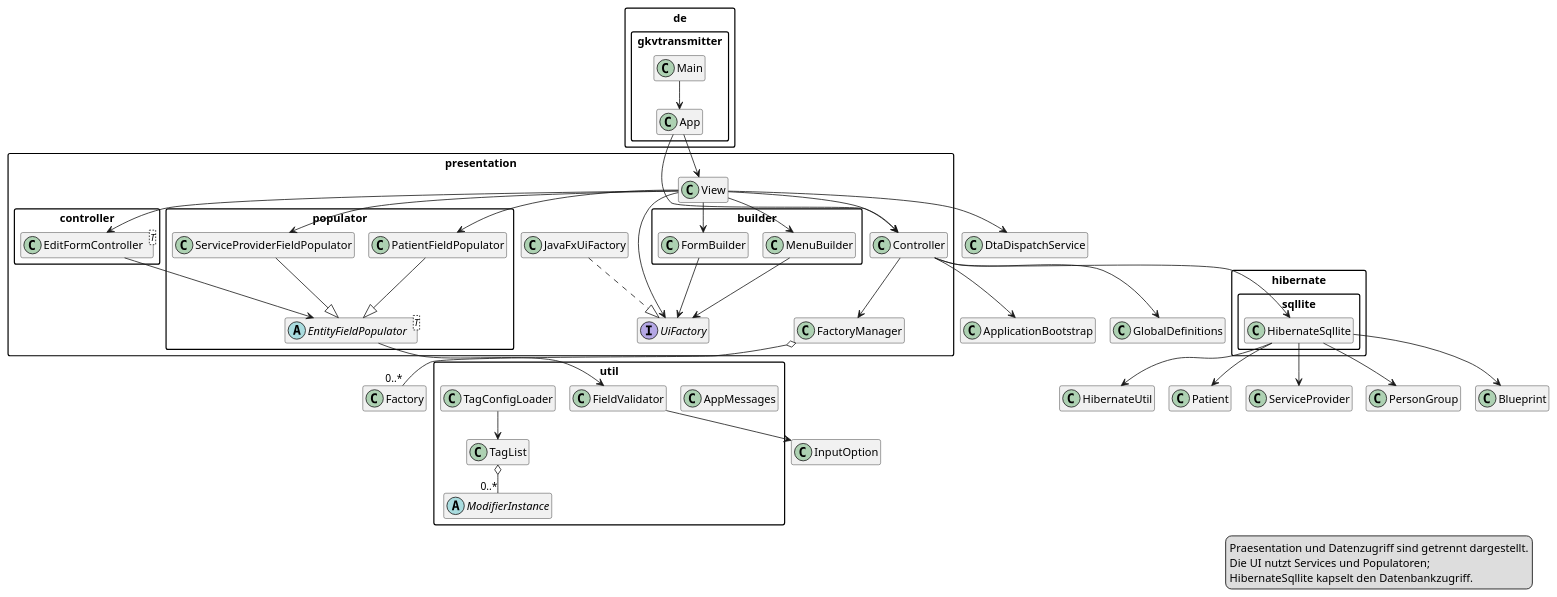
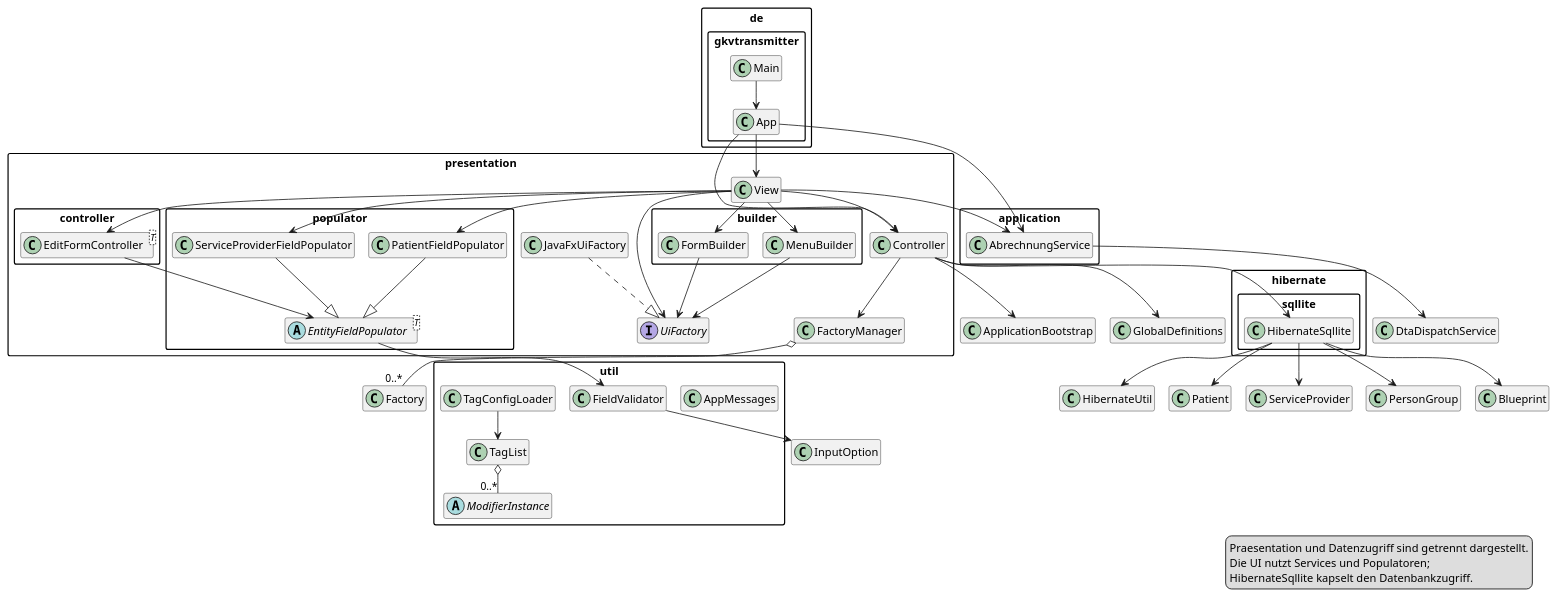
Before and after one commit to Gulaschkanister/Health-insurance-claims: the diagram in GKVTransmitter/Information/03_Praesentation_und_Persistenz.puml, drawn with PlantUML. The commit also changed 7 other files, not shown here.

```diff
--- a/GKVTransmitter/Information/03_Praesentation_und_Persistenz.puml
+++ b/GKVTransmitter/Information/03_Praesentation_und_Persistenz.puml
@@ -1,79 +1,84 @@
 @startuml GKVTransmitter_Praesentation_und_Persistenz
 !pragma layout smetana
 hide empty members
 skinparam packageStyle rectangle
 skinparam shadowing false
 skinparam linetype ortho
 
 package "de.gkvtransmitter" {
   class Main
   class App
 }
 package "presentation" {
   class Controller
   class View
   interface UiFactory
   class JavaFxUiFactory
   class FactoryManager
+}
+package "application" {
+  class AbrechnungService
 }
 package "presentation.builder" {
   class FormBuilder
   class MenuBuilder
 }
 package "presentation.controller" {
   class EditFormController<T>
 }
 package "presentation.populator" {
   abstract class EntityFieldPopulator<T>
   class PatientFieldPopulator
   class ServiceProviderFieldPopulator
 }
 package "hibernate.sqllite" {
   class HibernateSqllite
 }
 package "util" {
   class AppMessages
   class FieldValidator
   class TagConfigLoader
   class TagList
   abstract class ModifierInstance
 }
 
 Main --> App
 App --> Controller
 App --> View
+App --> AbrechnungService
 Controller --> ApplicationBootstrap
 Controller --> GlobalDefinitions
 Controller --> FactoryManager
 Controller --> HibernateSqllite
 View --> Controller
 View --> UiFactory
 View --> FormBuilder
 View --> MenuBuilder
 View --> EditFormController
 View --> PatientFieldPopulator
 View --> ServiceProviderFieldPopulator
-View --> DtaDispatchService
+View --> AbrechnungService
+AbrechnungService --> DtaDispatchService
 JavaFxUiFactory ..|> UiFactory
 FactoryManager o-- "0..*" Factory
 FormBuilder --> UiFactory
 MenuBuilder --> UiFactory
 EditFormController --> EntityFieldPopulator
 PatientFieldPopulator --|> EntityFieldPopulator
 ServiceProviderFieldPopulator --|> EntityFieldPopulator
 EntityFieldPopulator --> FieldValidator
 HibernateSqllite --> HibernateUtil
 HibernateSqllite --> Patient
 HibernateSqllite --> ServiceProvider
 HibernateSqllite --> PersonGroup
 HibernateSqllite --> Blueprint
 TagConfigLoader --> TagList
 TagList o-- "0..*" ModifierInstance
 FieldValidator --> InputOption
 
 legend right
   Praesentation und Datenzugriff sind getrennt dargestellt.
   Die UI nutzt Services und Populatoren;
   HibernateSqllite kapselt den Datenbankzugriff.
 endlegend
 @enduml
```
